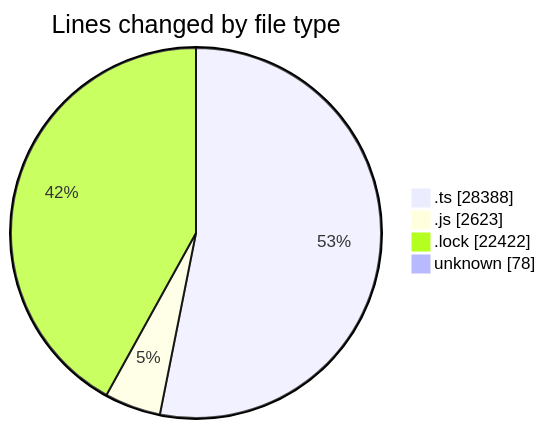
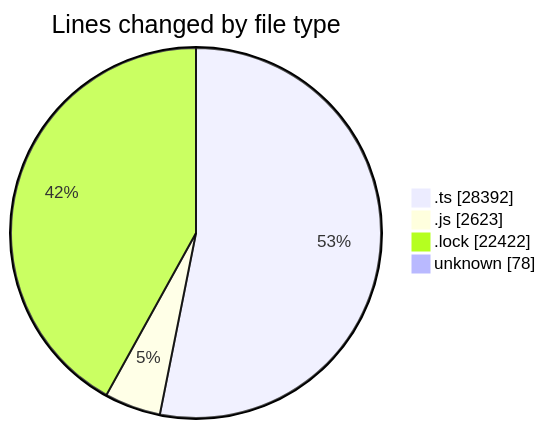
One commit to momahboobian/code-tracking changed the first of 2 diagrams in 2025-05-20/cda/README.md. Above: the diagram before and after it, drawn with Mermaid. The commit also changed other lines of this file and 1 other file, not shown here.

````diff
--- a/2025-05-20/cda/README.md
+++ b/2025-05-20/cda/README.md
@@ -42,8 +42,8 @@
 ```mermaid
 pie showData
 title Lines changed by file type
-".ts" : 28388
+".ts" : 28392
 ".js" : 2623
 ".lock" : 22422
 "unknown" : 78
 ```
````
